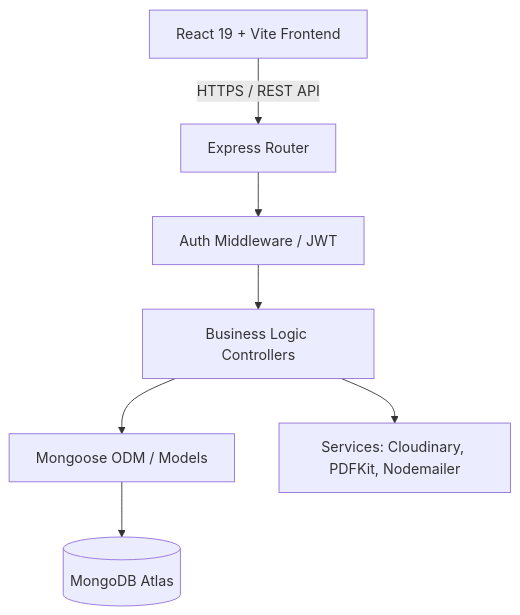
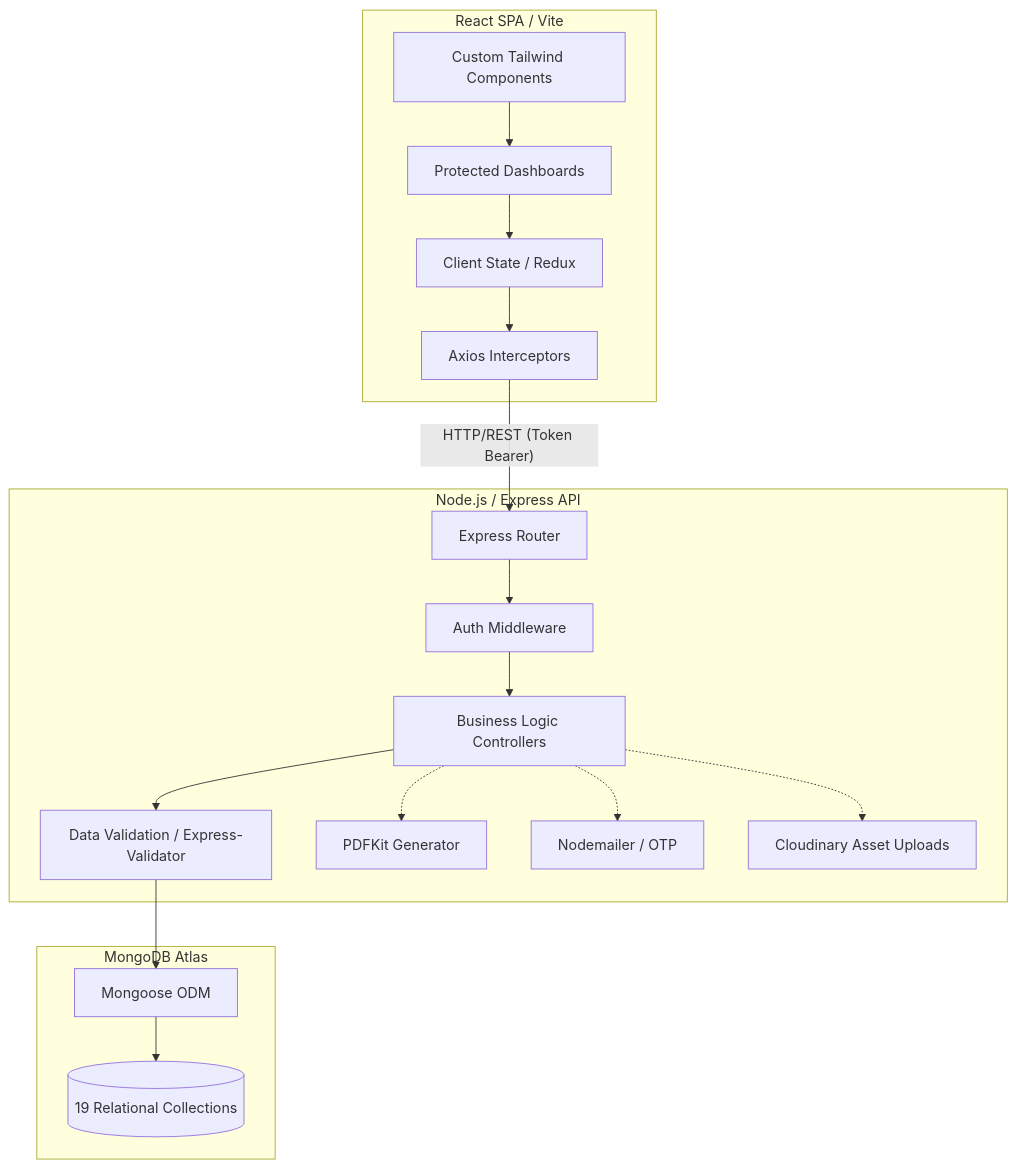
The diagram in README.md (kasimshah19/Faizan-E-Madina-Sunni-Masjid), drawn with Mermaid before and after one commit. The commit also changed other lines of this file, not shown here.

Commit message:
docs: Ultimate professional README with diagrams and full backend/frontend feature matrix

````diff
--- a/README.md
+++ b/README.md
@@ -26,9 +68,30 @@
 ```mermaid
 graph TD;
-    Client[React 19 + Vite Frontend] -->|HTTPS / REST API| Gateway[Express Router];
-    Gateway --> Auth[Auth Middleware / JWT];
-    Auth --> Controllers[Business Logic Controllers];
-    Controllers --> Models[Mongoose ODM / Models];
-    Models --> DB[(MongoDB Atlas)];
-    Controllers --> Services[Services: Cloudinary, PDFKit, Nodemailer];
+    %% Frontend Block
+    subgraph Frontend [React SPA / Vite]
+        UI[Custom Tailwind Components] --> Views[Protected Dashboards];
+        Views --> Redux[Client State / Redux];
+        Redux --> Axios[Axios Interceptors];
+    end
+
+    %% Network
+    Axios -- "HTTP/REST (Token Bearer)" --> Gateway
+
+    %% Backend Block
+    subgraph Backend [Node.js / Express API]
+        Gateway[Express Router] --> AuthM[Auth Middleware];
+        AuthM --> Controllers[Business Logic Controllers];
+        Controllers --> Validators[Data Validation / Express-Validator];
+        
+        %% Core Utilities
+        Controllers -.-> PDF[PDFKit Generator];
+        Controllers -.-> Mail[Nodemailer / OTP];
+        Controllers -.-> Storage[Cloudinary Asset Uploads];
+    end
+
+    %% Database
+    subgraph Database [MongoDB Atlas]
+        Validators --> ODM[Mongoose ODM];
+        ODM --> Collections[(19 Relational Collections)];
+    end
 ```
````
